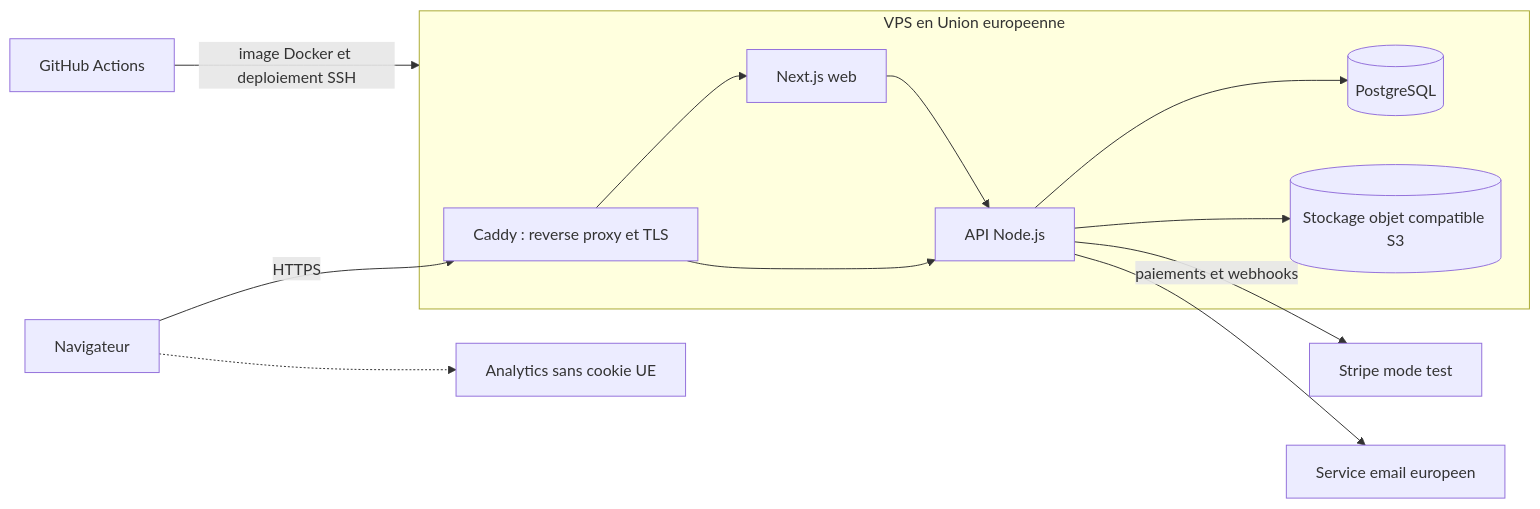
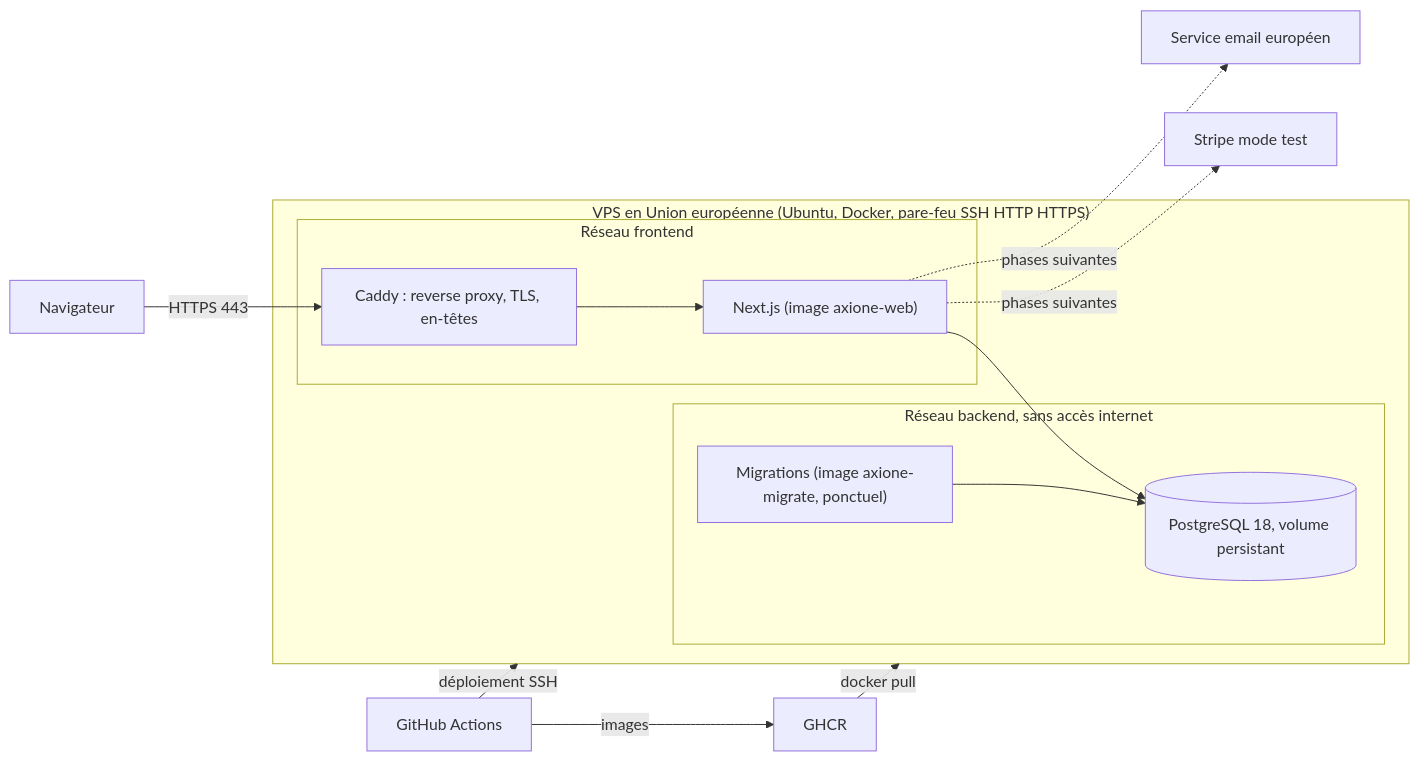
Before and after one commit to LeoSLegrand/axione: the diagram in docs/DEPLOIEMENT.md, drawn with Mermaid. The commit also changed other lines of this file and 1 other file, not shown here.

````diff
--- a/docs/DEPLOIEMENT.md
+++ b/docs/DEPLOIEMENT.md
@@ -42,15 +48,18 @@
 ```mermaid
 flowchart LR
-  U["Navigateur"] -->|HTTPS| RP["Caddy : reverse proxy et TLS"]
-  subgraph vps["VPS en Union europeenne"]
-    RP --> WEB["Next.js web"]
-    RP --> API["API Node.js"]
-    WEB --> API
-    API --> DB[("PostgreSQL")]
-    API --> OBJ[("Stockage objet compatible S3")]
+  U["Navigateur"] -->|"HTTPS 443"| RP["Caddy : reverse proxy, TLS, en-têtes"]
+  subgraph vps["VPS en Union européenne (Ubuntu, Docker, pare-feu SSH HTTP HTTPS)"]
+    subgraph front["Réseau frontend"]
+      RP --> WEB["Next.js (image axione-web)"]
+    end
+    subgraph back["Réseau backend, sans accès internet"]
+      WEB --> DB[("PostgreSQL 18, volume persistant")]
+      MIG["Migrations (image axione-migrate, ponctuel)"] --> DB
+    end
   end
-  API -->|"paiements et webhooks"| STRIPE["Stripe mode test"]
-  API --> MAIL["Service email europeen"]
-  U -.-> ANA["Analytics sans cookie UE"]
-  GH["GitHub Actions"] -->|"image Docker et deploiement SSH"| vps
+  WEB -.->|"phases suivantes"| STRIPE["Stripe mode test"]
+  WEB -.->|"phases suivantes"| MAIL["Service email européen"]
+  GH["GitHub Actions"] -->|"images"| GHCR["GHCR"]
+  GHCR -->|"docker pull"| vps
+  GH -->|"déploiement SSH"| vps
 ```
````
